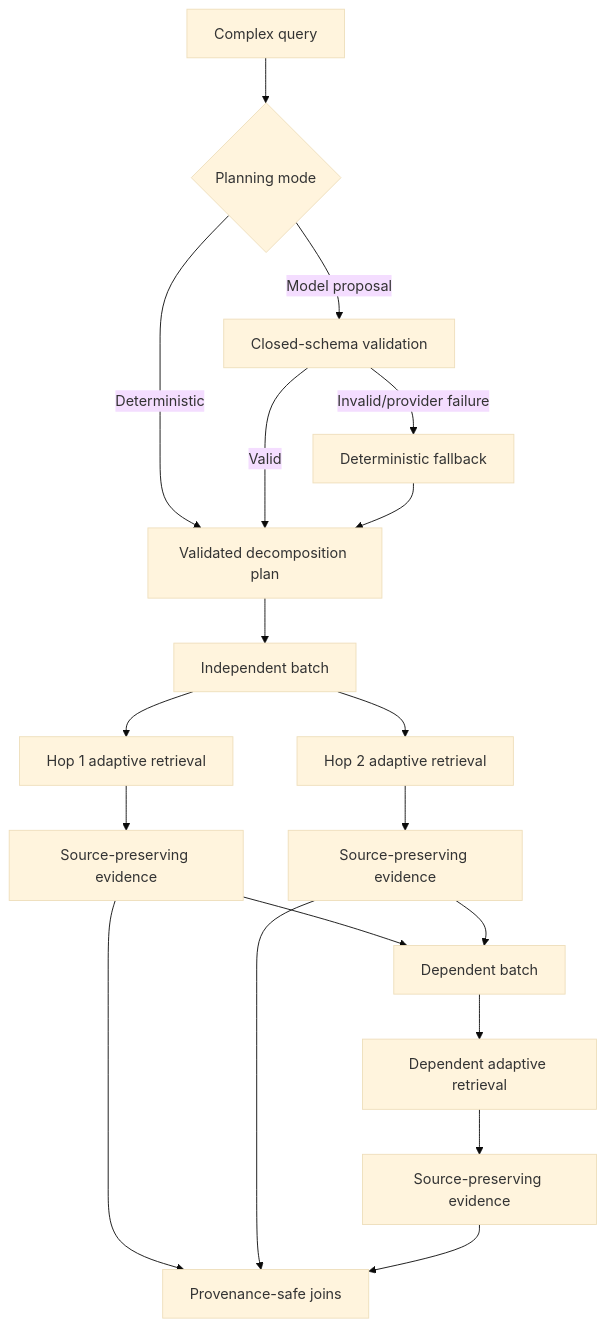
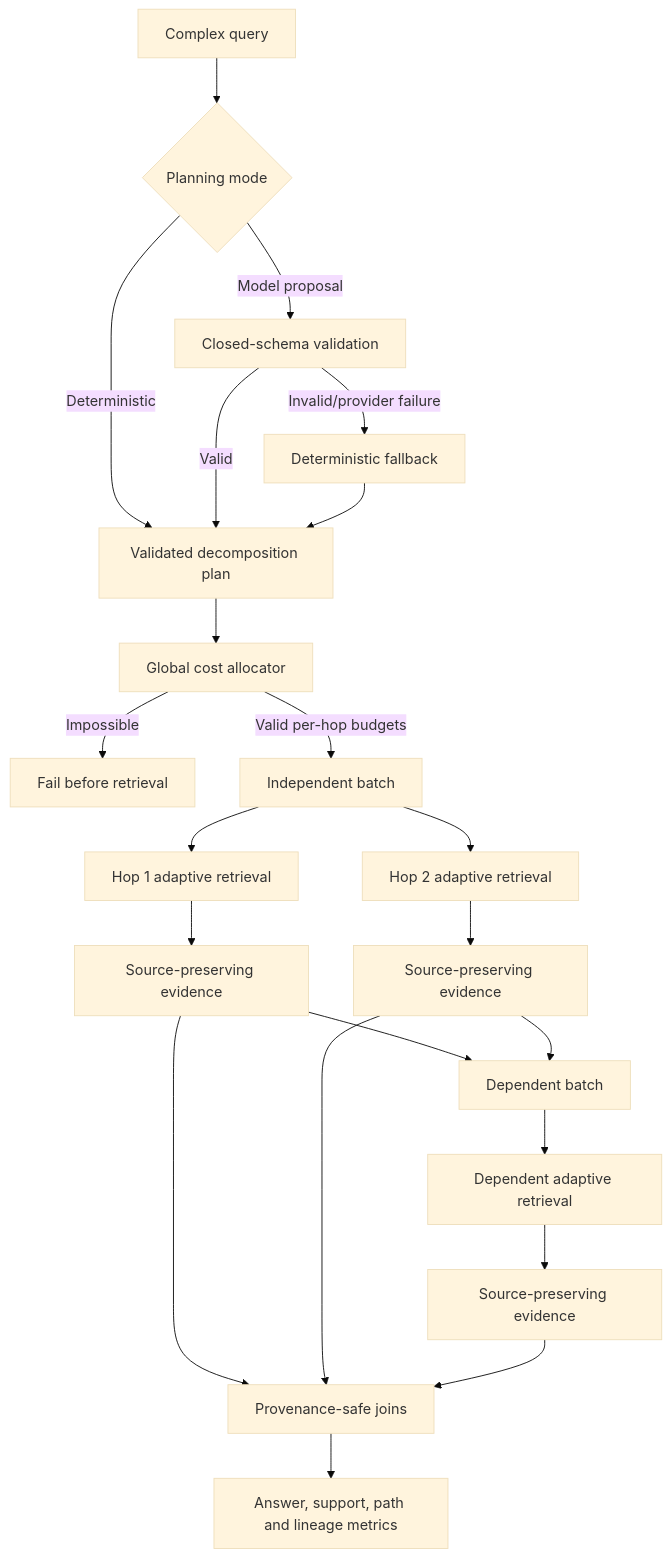
One commit to Anurag9000/RigorousRAG changed the diagram in docs/MULTIHOP_RETRIEVAL.md. Above: the diagram before and after it, drawn with Mermaid (base theme). The commit also changed other lines of this file, not shown here.

Commit message:
Document global budgeting and multi-hop evaluation

````diff
--- a/docs/MULTIHOP_RETRIEVAL.md
+++ b/docs/MULTIHOP_RETRIEVAL.md
@@ -40,21 +55,24 @@
 ```mermaid
 graph TD
     Q[Complex query] --> P{Planning mode}
     P -->|Deterministic| D[Validated decomposition plan]
     P -->|Model proposal| S[Closed-schema validation]
     S -->|Valid| D
     S -->|Invalid/provider failure| F[Deterministic fallback]
     F --> D
-    D --> B1[Independent batch]
+    D --> C[Global cost allocator]
+    C -->|Impossible| X[Fail before retrieval]
+    C -->|Valid per-hop budgets| B1[Independent batch]
     B1 --> H1[Hop 1 adaptive retrieval]
     B1 --> H2[Hop 2 adaptive retrieval]
     H1 --> L1[Source-preserving evidence]
     H2 --> L2[Source-preserving evidence]
     L1 --> B2[Dependent batch]
     L2 --> B2
     B2 --> H3[Dependent adaptive retrieval]
     H3 --> L3[Source-preserving evidence]
     L1 --> J[Provenance-safe joins]
     L2 --> J
     L3 --> J
+    J --> E[Answer, support, path and lineage metrics]
 ```
````
